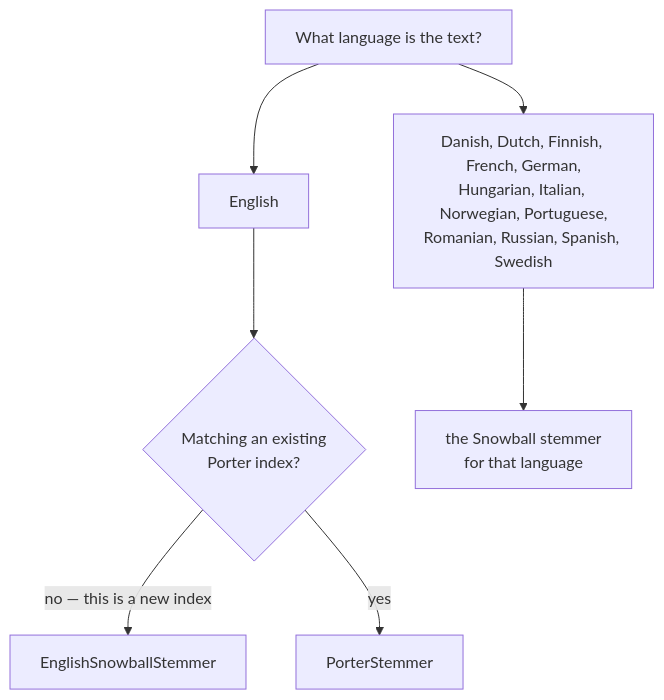
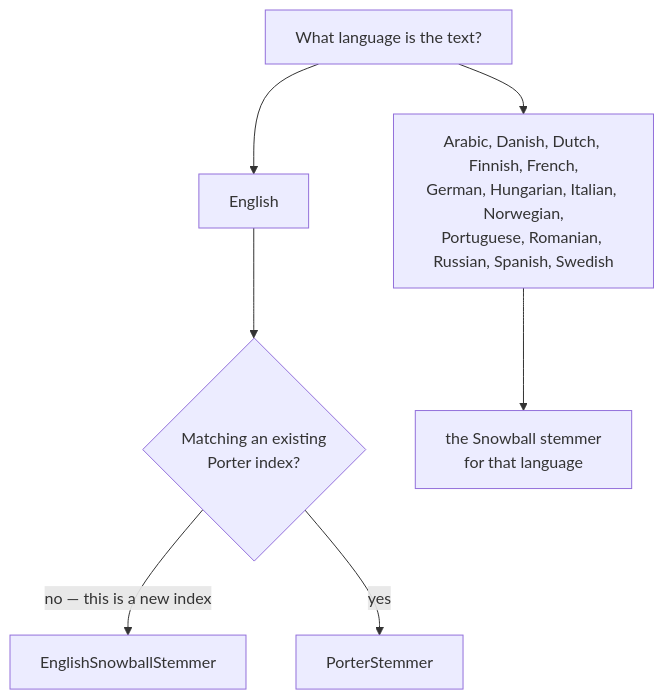
The diagram in docs/reference/text/stemming.md (CyrilB1531/lodestar), drawn with Mermaid before and after one commit. The commit also changed other lines of this file and 12 other files, not shown here.

````diff
--- a/docs/reference/text/stemming.md
+++ b/docs/reference/text/stemming.md
@@ -12,9 +12,9 @@
 ```mermaid
 flowchart TD
     A["What language is the text?"] --> B["English"]
-    A --> C["Danish, Dutch, Finnish, French, German,<br/>Hungarian, Italian, Norwegian, Portuguese,<br/>Romanian, Russian, Spanish, Swedish"]
+    A --> C["Arabic, Danish, Dutch, Finnish, French,<br/>German, Hungarian, Italian, Norwegian,<br/>Portuguese, Romanian, Russian, Spanish, Swedish"]
     B --> D{"Matching an existing<br/>Porter index?"}
     D -->|"no — this is a new index"| E["EnglishSnowballStemmer"]
     D -->|"yes"| F["PorterStemmer"]
     C --> G["the Snowball stemmer<br/>for that language"]
 ```
````
